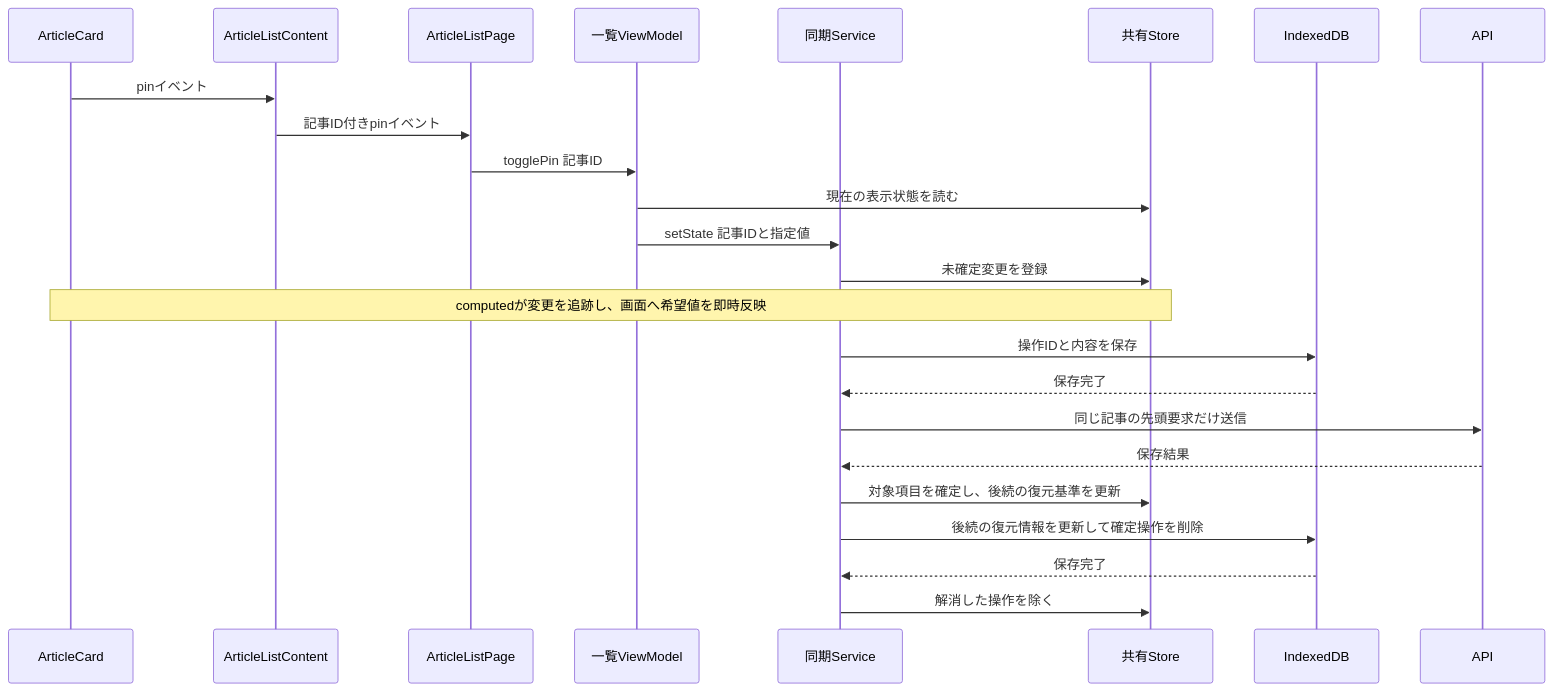
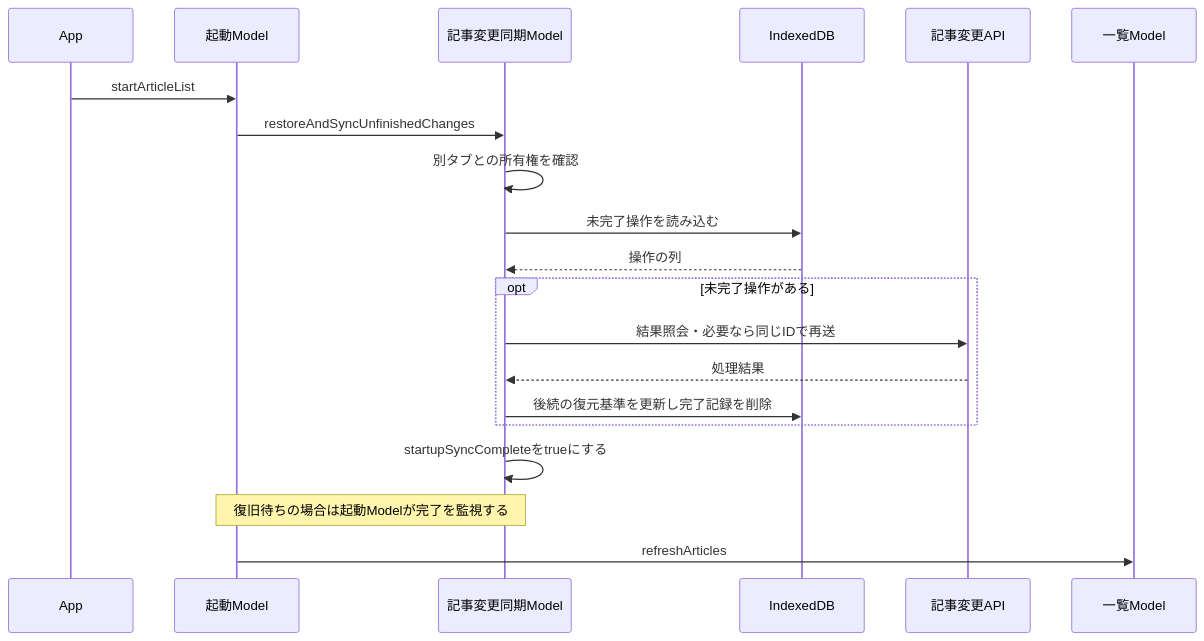
One commit to BeppuKanato/it-discovery changed the fourth of 6 diagrams in docs/frontend-architecture.md. Above: the diagram before and after it, drawn with Mermaid. The commit also changed other lines of this file and 6 other files, not shown here.

Commit message:
docs(web): 一覧と同期の構成図と操作ごとのコードの読む順序を更新する

````diff
--- a/docs/frontend-architecture.md
+++ b/docs/frontend-architecture.md
@@ -191,26 +126,22 @@
 ```mermaid
 sequenceDiagram
-  participant Card as ArticleCard
-  participant Content as ArticleListContent
-  participant Page as ArticleListPage
-  participant VM as 一覧ViewModel
-  participant Sync as 同期Service
-  participant State as 共有Store
+  participant App as App
+  participant Start as 起動Model
+  participant Sync as 記事変更同期Model
   participant Local as IndexedDB
-  participant API as API
-  Card->>Content: pinイベント
-  Content->>Page: 記事ID付きpinイベント
-  Page->>VM: togglePin 記事ID
-  VM->>State: 現在の表示状態を読む
-  VM->>Sync: setState 記事IDと指定値
-  Sync->>State: 未確定変更を登録
-  Note over Card,State: computedが変更を追跡し、画面へ希望値を即時反映
-  Sync->>Local: 操作IDと内容を保存
-  Local-->>Sync: 保存完了
-  Sync->>API: 同じ記事の先頭要求だけ送信
-  API-->>Sync: 保存結果
-  Sync->>State: 対象項目を確定し、後続の復元基準を更新
-  Sync->>Local: 後続の復元情報を更新して確定操作を削除
-  Local-->>Sync: 保存完了
-  Sync->>State: 解消した操作を除く
+  participant API as 記事変更API
+  participant List as 一覧Model
+  App->>Start: startArticleList
+  Start->>Sync: restoreAndSyncUnfinishedChanges
+  Sync->>Sync: 別タブとの所有権を確認
+  Sync->>Local: 未完了操作を読み込む
+  Local-->>Sync: 操作の列
+  opt 未完了操作がある
+    Sync->>API: 結果照会・必要なら同じIDで再送
+    API-->>Sync: 処理結果
+    Sync->>Local: 後続の復元基準を更新し完了記録を削除
+  end
+  Sync->>Sync: startupSyncCompleteをtrueにする
+  Note over Start,Sync: 復旧待ちの場合は起動Modelが完了を監視する
+  Start->>List: refreshArticles
 ```
````
